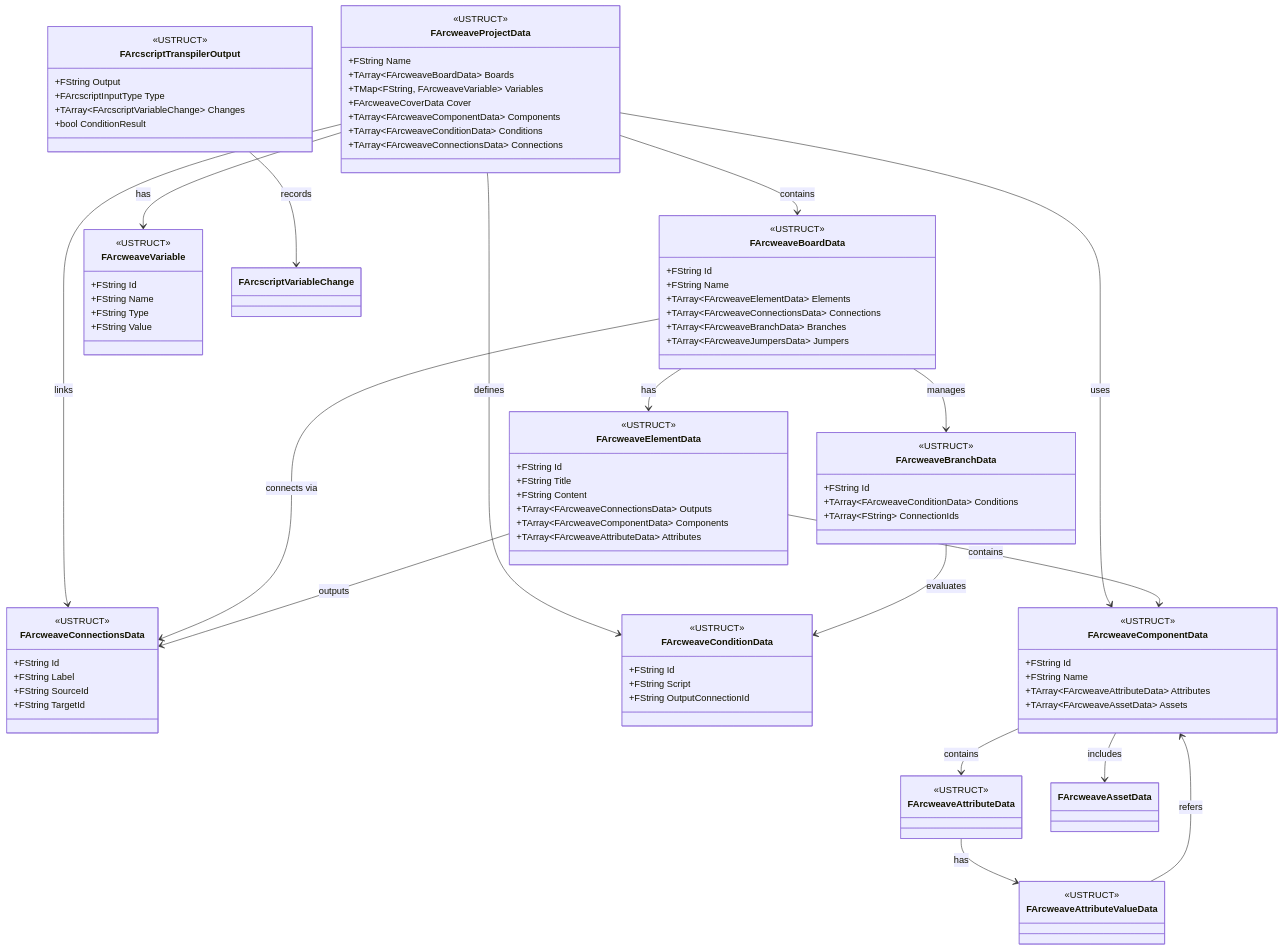
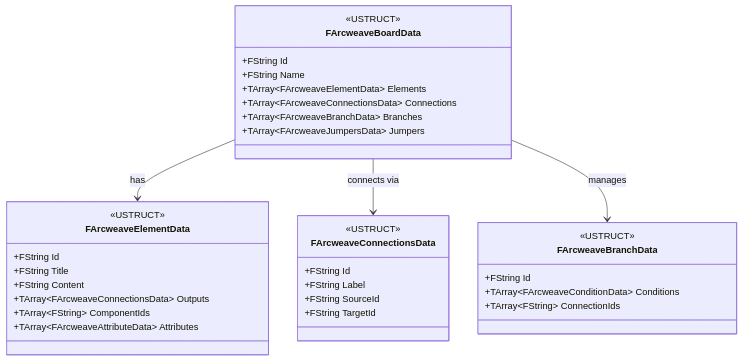
Before and after one commit to arcweave/arcweave-unreal-plugin: the sixth of 6 diagrams in README.md, drawn with Mermaid. The commit also changed other lines of this file and 2 other files, not shown here.

Commit message:
update board and project class diagram

````diff
--- a/README.md
+++ b/README.md
@@ -135,33 +198,22 @@
 ```mermaid
-
 classDiagram
 direction TB
-    class FArcweaveProjectData {
-	    +FString Name
-	    +TArray~FArcweaveBoardData~ Boards
-	    +TMap~FString, FArcweaveVariable~ Variables
-	    +FArcweaveCoverData Cover
-	    +TArray~FArcweaveComponentData~ Components
-	    +TArray~FArcweaveConditionData~ Conditions
-	    +TArray~FArcweaveConnectionsData~ Connections
-    }
-
     class FArcweaveBoardData {
 	    +FString Id
 	    +FString Name
-	    +TArray~FArcweaveElementData~ Elements
-	    +TArray~FArcweaveConnectionsData~ Connections
-	    +TArray~FArcweaveBranchData~ Branches
-	    +TArray~FArcweaveJumpersData~ Jumpers
+	    +TArray\~FArcweaveElementData\~ Elements
+	    +TArray\~FArcweaveConnectionsData\~ Connections
+	    +TArray\~FArcweaveBranchData\~ Branches
+	    +TArray\~FArcweaveJumpersData\~ Jumpers
     }
 
     class FArcweaveElementData {
 	    +FString Id
 	    +FString Title
 	    +FString Content
-	    +TArray~FArcweaveConnectionsData~ Outputs
-	    +TArray~FArcweaveComponentData~ Components
-	    +TArray~FArcweaveAttributeData~ Attributes
+	    +TArray\~FArcweaveConnectionsData\~ Outputs
+	    +TArray\~FString\~ ComponentIds
+	    +TArray\~FArcweaveAttributeData\~ Attributes
     }
 
     class FArcweaveConnectionsData {
@@ -171,77 +223,18 @@
 	    +FString TargetId
     }
 
-    class FArcweaveVariable {
+    class FArcweaveBranchData {
 	    +FString Id
-	    +FString Name
-	    +FString Type
-	    +FString Value
+	    +TArray\~FArcweaveConditionData\~ Conditions
+	    +TArray\~FString\~ ConnectionIds
     }
 
-    class FArcweaveBranchData {
-	    +FString Id
-	    +TArray~FArcweaveConditionData~ Conditions
-	    +TArray~FString~ ConnectionIds
-    }
-
-    class FArcweaveConditionData {
-	    +FString Id
-	    +FString Script
-	    +FString OutputConnectionId
-    }
-
-    class FArcweaveComponentData {
-	    +FString Id
-	    +FString Name
-	    +TArray~FArcweaveAttributeData~ Attributes
-	    +TArray~FArcweaveAssetData~ Assets
-    }
-
-    class FArcscriptTranspilerOutput {
-	    +FString Output
-	    +FArcscriptInputType Type
-	    +TArray~FArcscriptVariableChange~ Changes
-	    +bool ConditionResult
-    }
-
-    class FArcweaveAttributeData {
-    }
-
-    class FArcweaveAssetData {
-    }
-
-    class FArcscriptVariableChange {
-    }
-
-    class FArcweaveAttributeValueData {
-    }
-
-	<<USTRUCT>> FArcweaveProjectData
 	<<USTRUCT>> FArcweaveBoardData
 	<<USTRUCT>> FArcweaveElementData
 	<<USTRUCT>> FArcweaveConnectionsData
-	<<USTRUCT>> FArcweaveVariable
 	<<USTRUCT>> FArcweaveBranchData
-	<<USTRUCT>> FArcweaveConditionData
-	<<USTRUCT>> FArcweaveComponentData
-	<<USTRUCT>> FArcscriptTranspilerOutput
-	<<USTRUCT>> FArcweaveAttributeValueData
-	<<USTRUCT>> FArcweaveAttributeData
 
-    FArcweaveProjectData --> FArcweaveBoardData : contains
-    FArcweaveProjectData --> FArcweaveVariable : has
-    FArcweaveProjectData --> FArcweaveComponentData : uses
-    FArcweaveProjectData --> FArcweaveConditionData : defines
-    FArcweaveProjectData --> FArcweaveConnectionsData : links
     FArcweaveBoardData --> FArcweaveElementData : has
     FArcweaveBoardData --> FArcweaveConnectionsData : connects via
     FArcweaveBoardData --> FArcweaveBranchData : manages
-    FArcweaveBranchData --> FArcweaveConditionData : evaluates
-    FArcweaveElementData --> FArcweaveConnectionsData : outputs
-    FArcweaveElementData --> FArcweaveComponentData : contains
-    FArcweaveComponentData --> FArcweaveAttributeData : contains
-    FArcweaveComponentData --> FArcweaveAssetData : includes
-    FArcscriptTranspilerOutput --> FArcscriptVariableChange : records
-    FArcweaveAttributeValueData --> FArcweaveComponentData : refers
-    FArcweaveAttributeData --> FArcweaveAttributeValueData : has
 ```
````
